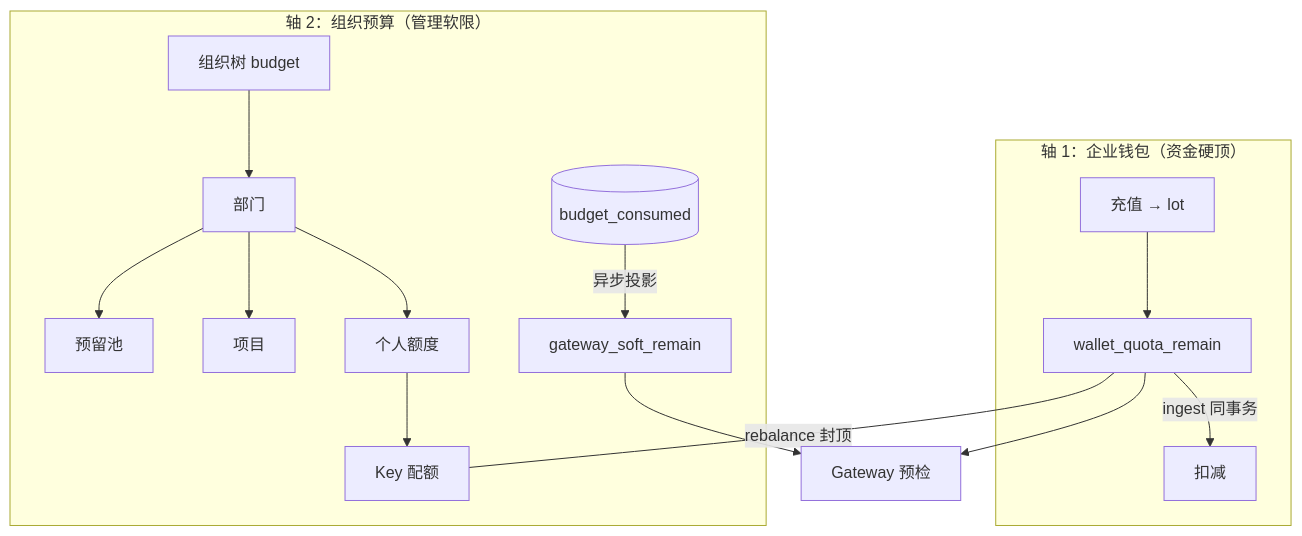
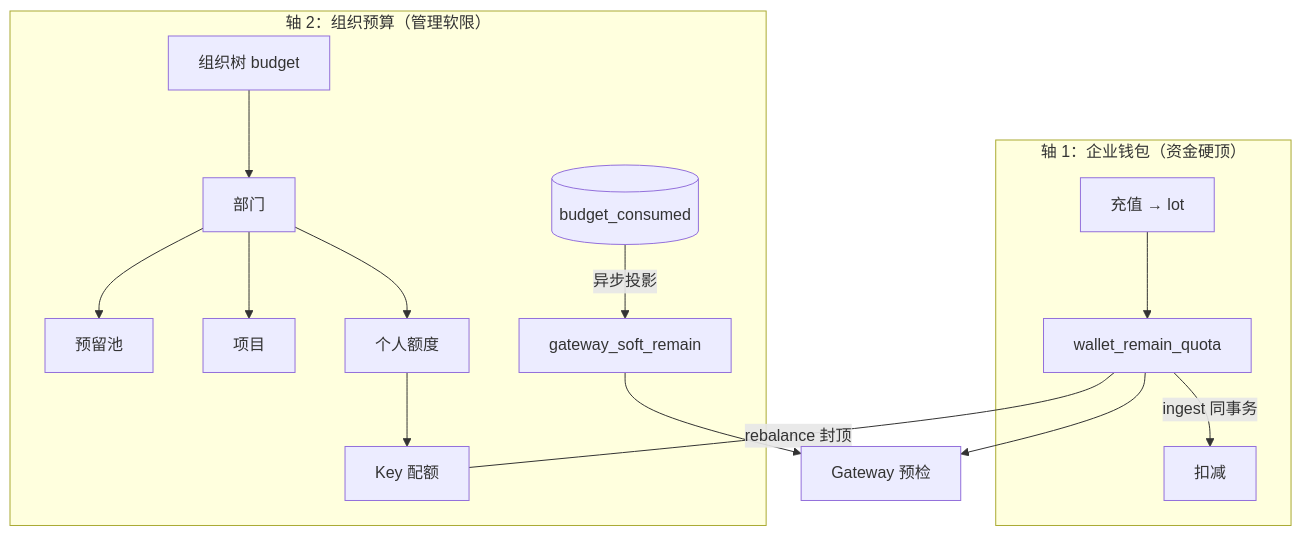
Before and after one commit to quyip8818/mytokenjoy: the seventh of 15 diagrams in docs/reviews/架构分析-Token计费与钱包体系.md, drawn with Mermaid. The commit also changed other lines of this file and 49 other files, not shown here.

Commit message:
rename wallet_remain

````diff
--- a/docs/reviews/架构分析-Token计费与钱包体系.md
+++ b/docs/reviews/架构分析-Token计费与钱包体系.md
@@ -286,20 +286,20 @@
 ```mermaid
 flowchart TB
   subgraph wallet_axis [轴 1：企业钱包（资金硬顶）]
-    CHARGE[充值 → lot] --> WAL[wallet_quota_remain]
+    CHARGE[充值 → lot] --> WAL[wallet_remain_quota]
     WAL -->|ingest 同事务| DEDUCT[扣减]
   end
 
   subgraph org_axis [轴 2：组织预算（管理软限）]
     TREE[组织树 budget] --> DEPT[部门]
     DEPT --> POOL[预留池]
     DEPT --> PROJ[项目]
     DEPT --> PERS[个人额度]
     PERS --> KEY[Key 配额]
     SNAP[(budget_consumed)] -->|异步投影| SOFT[gateway_soft_remain]
   end
 
   WAL ---|rebalance 封顶| KEY
   SOFT --> GW[Gateway 预检]
   WAL --> GW
 ```
````
